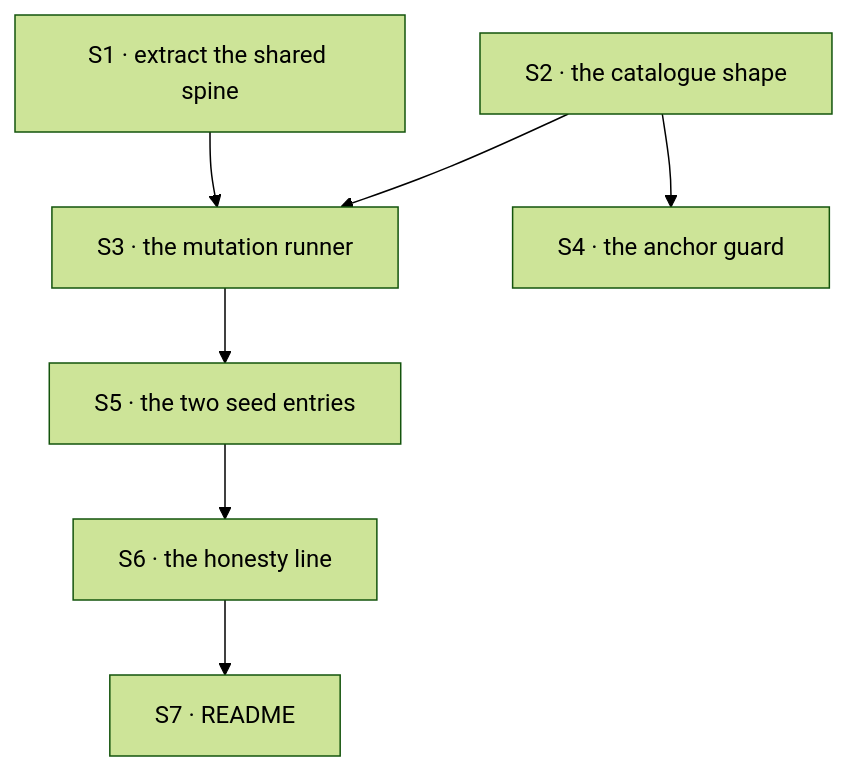
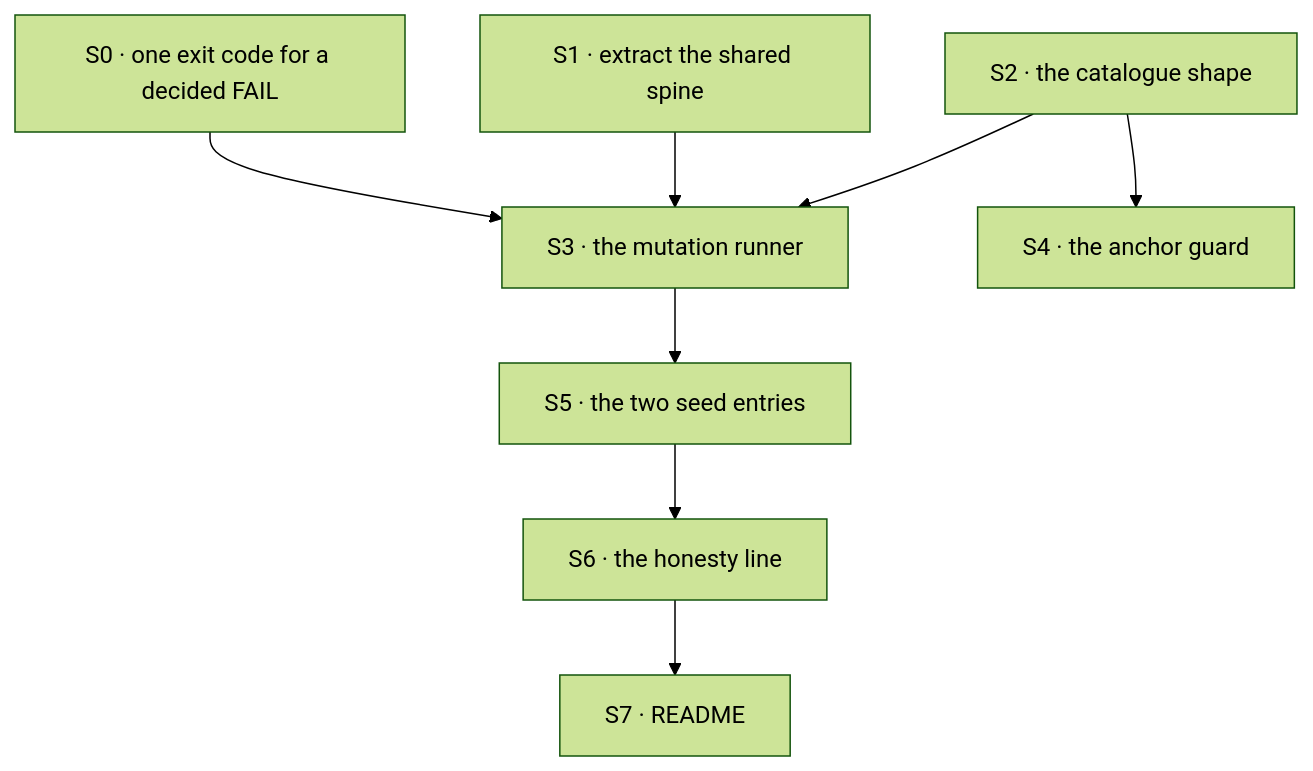
The diagram in spec/FIX-1424/PLAN.md (fixpoint-labs/flow-state-dev), drawn with Mermaid (forest theme) before and after one commit. The commit also changed other lines of this file and 4 other files, not shown here.

````diff
--- a/spec/FIX-1424/PLAN.md
+++ b/spec/FIX-1424/PLAN.md
@@ -23,9 +24,10 @@
 ```mermaid
 flowchart TD
+  S0["S0 · one exit code for a decided FAIL"] --> S3
   S1["S1 · extract the shared spine"] --> S3["S3 · the mutation runner"]
   S2["S2 · the catalogue shape"] --> S3
   S2 --> S4["S4 · the anchor guard"]
   S3 --> S5["S5 · the two seed entries"]
   S5 --> S6["S6 · the honesty line"]
   S6 --> S7["S7 · README"]
 ```
````
